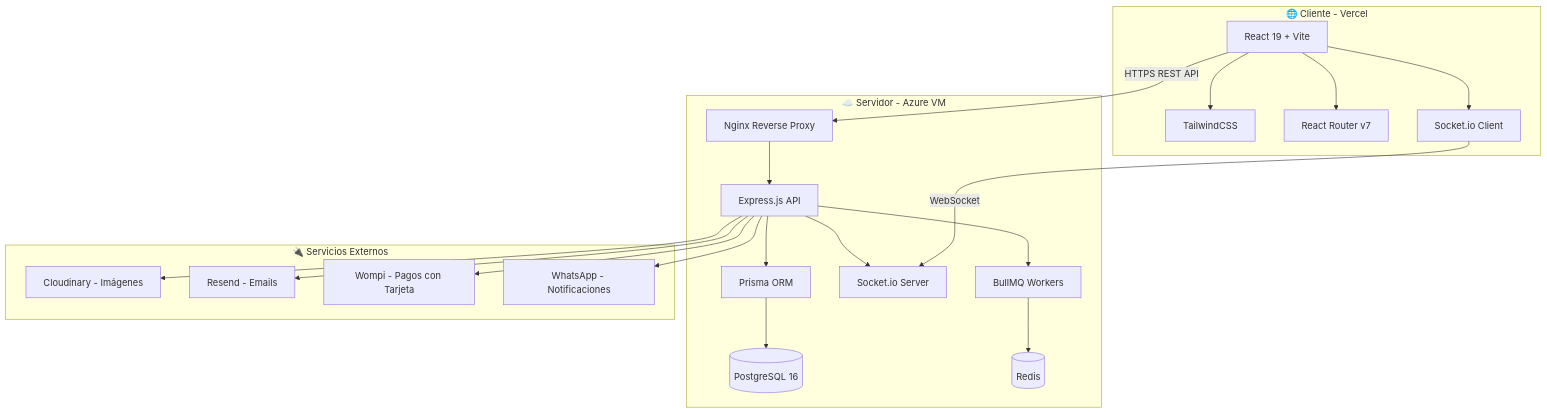
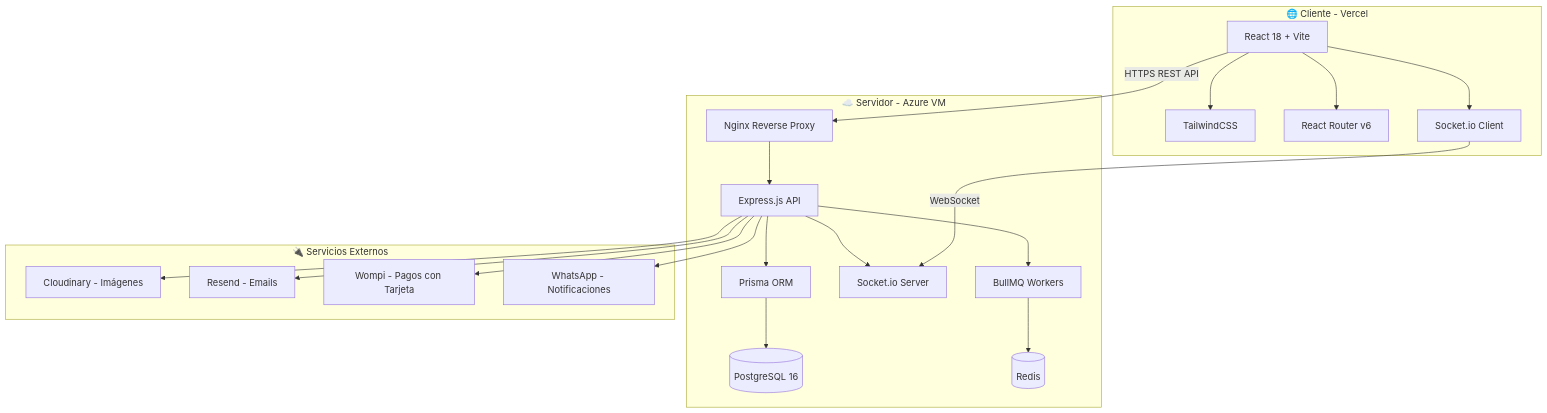
The first of 2 diagrams in README.md (papiwilo74/mvp-Saas-prototipo), drawn with Mermaid before and after one commit. The commit also changed other lines of this file and 6 other files, not shown here.

````diff
--- a/README.md
+++ b/README.md
@@ -59,32 +59,32 @@
 ```mermaid
 graph TB
     subgraph Cliente["🌐 Cliente - Vercel"]
-        A[React 19 + Vite] --> B[TailwindCSS]
-        A --> C[React Router v7]
+        A[React 18 + Vite] --> B[TailwindCSS]
+        A --> C[React Router v6]
         A --> D[Socket.io Client]
     end
 
     subgraph Servidor["☁️ Servidor - Azure VM"]
         E[Express.js API] --> F[Prisma ORM]
         E --> G[Socket.io Server]
         E --> H[BullMQ Workers]
         F --> I[(PostgreSQL 16)]
         H --> J[(Redis)]
         K[Nginx Reverse Proxy] --> E
     end
 
     A -- "HTTPS REST API" --> K
     D -- "WebSocket" --> G
     
     subgraph Servicios["🔌 Servicios Externos"]
         L[Cloudinary - Imágenes]
         M[Resend - Emails]
         N[Wompi - Pagos con Tarjeta]
         O[WhatsApp - Notificaciones]
     end
 
     E --> L
     E --> M
     E --> N
     E --> O
 ```
````
